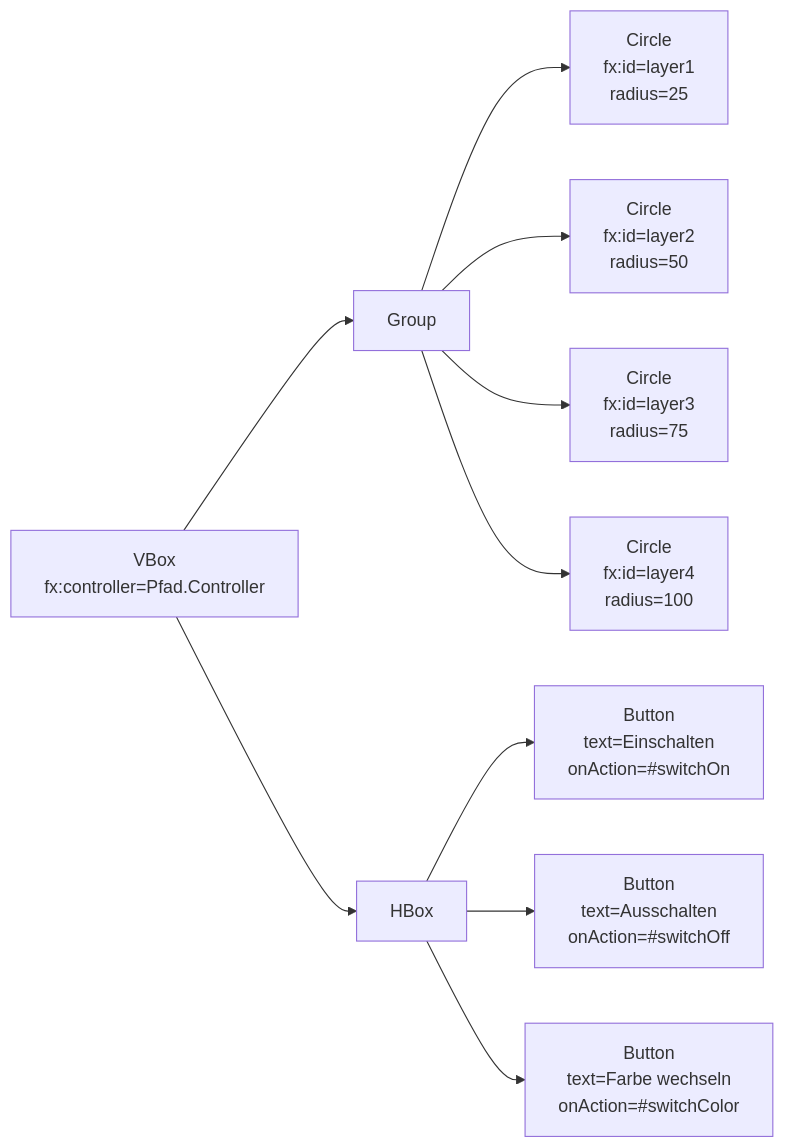
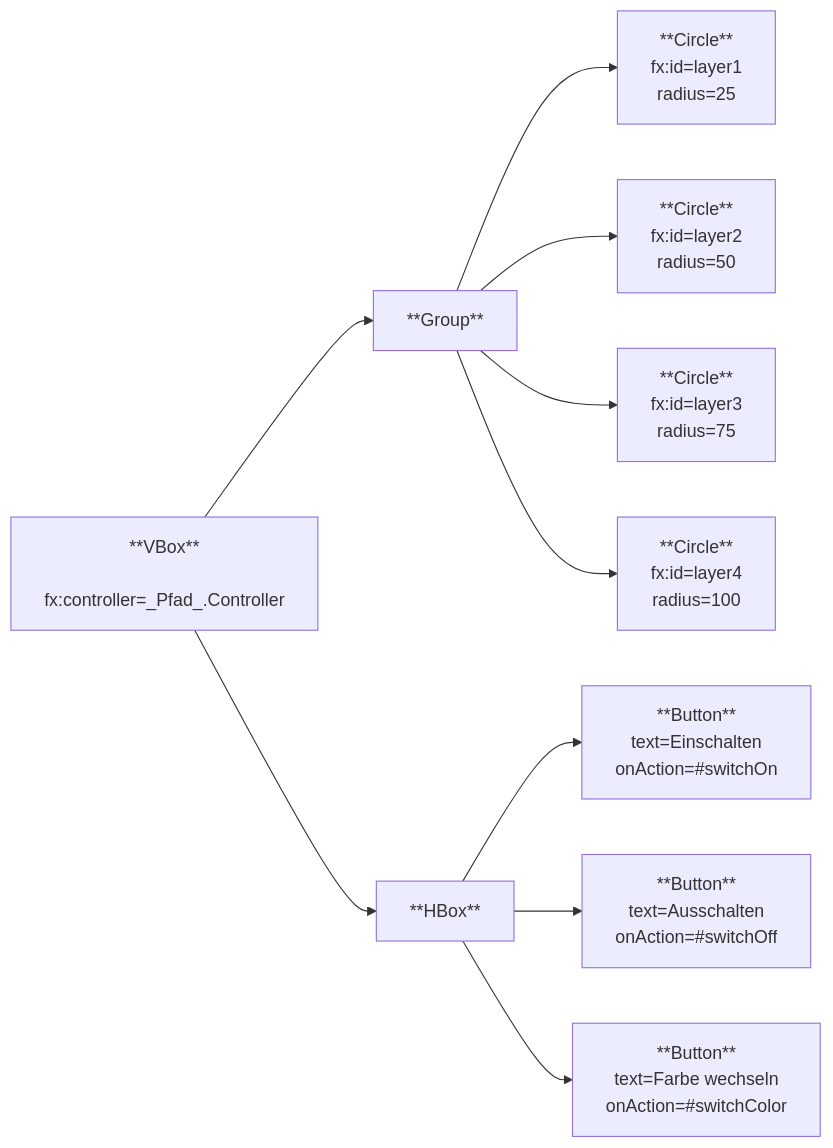
Before and after one commit to jappuccini/java-docs: the second of 2 diagrams in docs/exercises/javafx/javafx04.md, drawn with Mermaid. The commit also changed other lines of this file and 7 other files, not shown here.

Commit message:
Fix Mermaid for JavaFX Exercises

````diff
--- a/docs/exercises/javafx/javafx04.md
+++ b/docs/exercises/javafx/javafx04.md
@@ -56,38 +52,37 @@
 ```mermaid
 flowchart LR
-	vbox[VBox
-	     fx:controller=Pfad.Controller]
-	group[Group]
-	circle1[Circle
-	        fx:id=layer1
-	        radius=25]
-	circle2[Circle
-	        fx:id=layer2
-	        radius=50]
-	circle3[Circle
-	        fx:id=layer3
-	        radius=75]
-	circle4[Circle
-	        fx:id=layer4
-	        radius=100]
-	hbox[HBox]
-	button1[Button
-	        text=Einschalten
-	        onAction=#switchOn]
-	button2[Button
-	        text=Ausschalten
-	        onAction=#switchOff]
-	button3[Button
-	        text=Farbe wechseln
-	        onAction=#switchColor]
-
-    vbox --> group
-    vbox --> hbox
-    group --> circle1
-    group --> circle2
-    group --> circle3
-    group --> circle4
-    hbox --> button1
-    hbox --> button2
-    hbox --> button3
+   vbox[**VBox**
+   fx:controller=_Pfad_.Controller]
+   group[**Group**]
+   circle1[**Circle**
+   fx:id=layer1
+   radius=25]
+   circle2[**Circle**
+   fx:id=layer2
+   radius=50]
+   circle3[**Circle**
+   fx:id=layer3
+   radius=75]
+   circle4[**Circle**
+   fx:id=layer4
+   radius=100]
+   hbox[**HBox**]
+   button1[**Button**
+   text=Einschalten
+   onAction=#switchOn]
+   button2[**Button**
+   text=Ausschalten
+   onAction=#switchOff]
+   button3[**Button**
+   text=Farbe wechseln
+   onAction=#switchColor]
+   vbox --> group
+   vbox --> hbox
+   group --> circle1
+   group --> circle2
+   group --> circle3
+   group --> circle4
+   hbox --> button1
+   hbox --> button2
+   hbox --> button3
 ```
````
